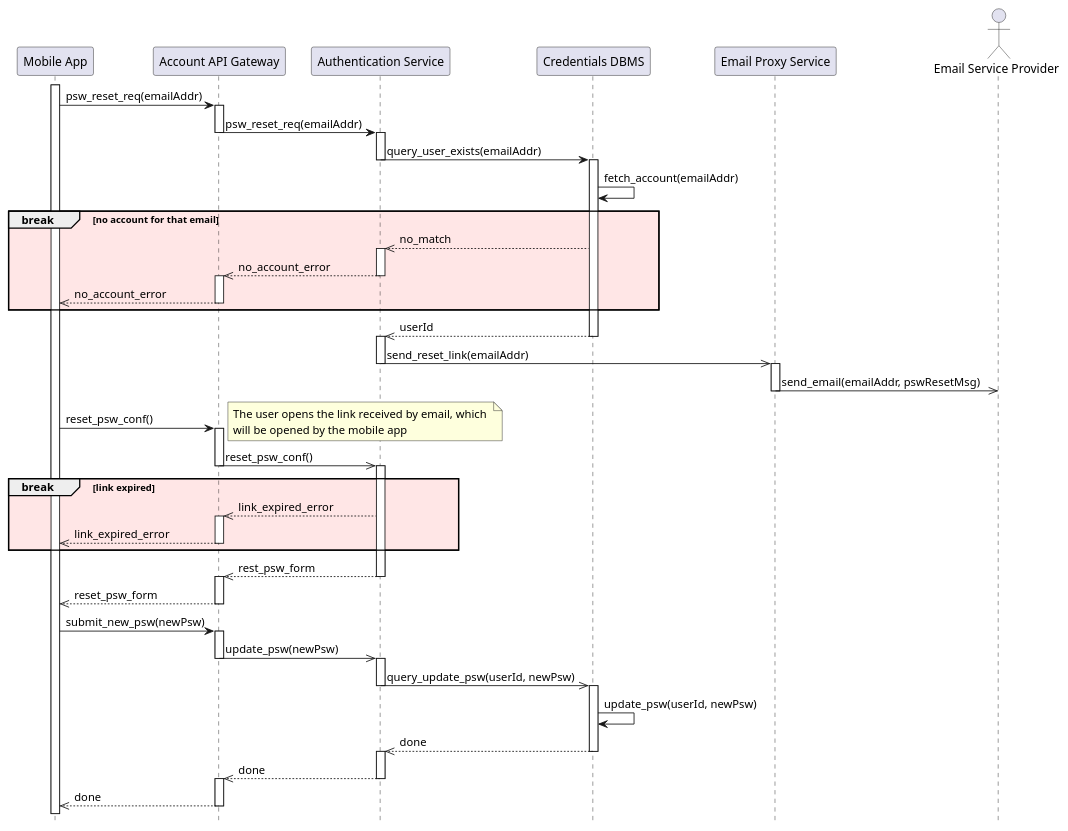
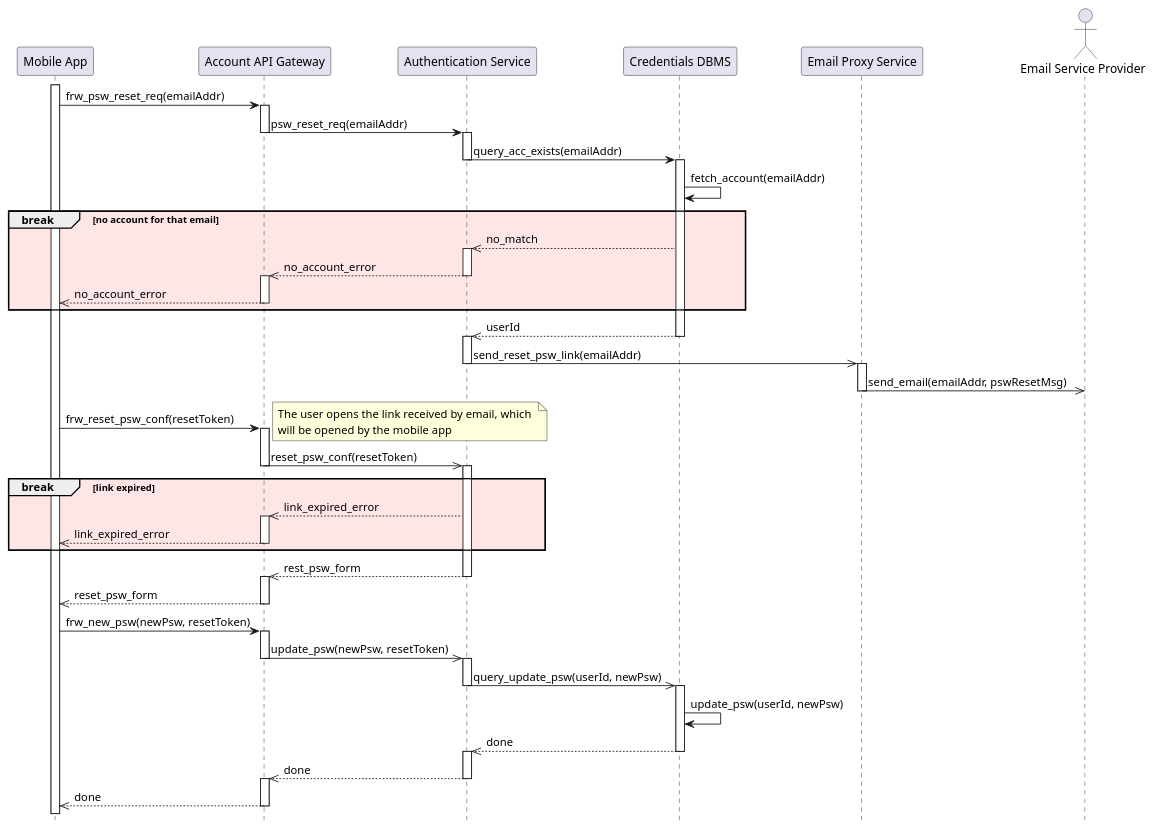
Before and after one commit to Guflie/PoliMi-SWE2-RDD-project: the diagram in diagrams/DD/sequenceDiagram/sd4_password_reset.puml, drawn with PlantUML. The commit also changed 17 other files, not shown here.

```diff
--- a/diagrams/DD/sequenceDiagram/sd4_password_reset.puml
+++ b/diagrams/DD/sequenceDiagram/sd4_password_reset.puml
@@ -1,79 +1,79 @@
 @startuml sd4_password_reset
 ' Refers to UC4
 hide footbox
 
 participant "Mobile App" as app
 participant "Account API Gateway" as aapi
 participant "Authentication Service" as auth
 participant "Credentials DBMS" as dbc
 participant "Email Proxy Service" as emailp
 actor "Email Service Provider" as email
 
 activate app
-app -> aapi : psw_reset_req(emailAddr)
+app -> aapi : frw_psw_reset_req(emailAddr)
 activate aapi
 aapi -> auth : psw_reset_req(emailAddr)
 deactivate aapi
 activate auth
-auth -> dbc : query_user_exists(emailAddr)
+auth -> dbc : query_acc_exists(emailAddr)
 deactivate auth
 activate dbc
 dbc -> dbc : fetch_account(emailAddr)
 break #ffe6e6 no account for that email
     dbc -->> auth : no_match
     activate auth
     auth -->> aapi : no_account_error
     deactivate auth
     activate aapi
     aapi -->> app : no_account_error
     deactivate aapi
 end
 dbc -->> auth : userId
 deactivate dbc
 activate auth
-auth ->> emailp : send_reset_link(emailAddr)
+auth ->> emailp : send_reset_psw_link(emailAddr)
 deactivate auth
 activate emailp
 emailp ->> email : send_email(emailAddr, pswResetMsg)
 deactivate emailp
 ' you should improve this
 
-app -> aapi : reset_psw_conf() 
+app -> aapi : frw_reset_psw_conf(resetToken) 
 note right
     The user opens the link received by email, which 
     will be opened by the mobile app
 end note
 activate aapi
-aapi ->> auth : reset_psw_conf()
+aapi ->> auth : reset_psw_conf(resetToken)
 deactivate aapi
 activate auth
 break #ffe6e6 link expired
     auth -->> aapi : link_expired_error
     activate aapi
     aapi -->> app : link_expired_error
     deactivate aapi
 end
 auth -->> aapi : rest_psw_form
 deactivate auth
 activate aapi
 aapi -->> app : reset_psw_form
 deactivate aapi
 
-app -> aapi : submit_new_psw(newPsw)
+app -> aapi : frw_new_psw(newPsw, resetToken)
 activate aapi
-aapi ->> auth : update_psw(newPsw)
+aapi ->> auth : update_psw(newPsw, resetToken)
 deactivate aapi
 activate auth
 auth ->> dbc : query_update_psw(userId, newPsw)
 deactivate auth
 activate dbc
 dbc -> dbc : update_psw(userId, newPsw)
 dbc -->> auth : done
 deactivate dbc
 activate auth
 auth -->> aapi : done
 deactivate auth
 activate aapi
 aapi -->> app : done
 deactivate aapi
 @enduml
```
